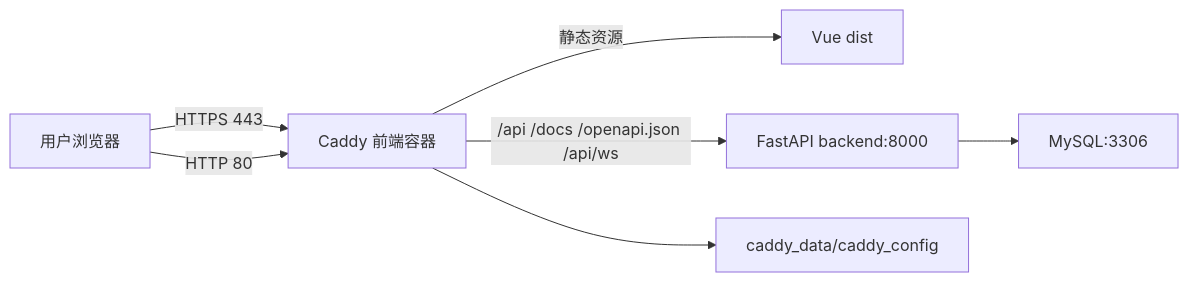
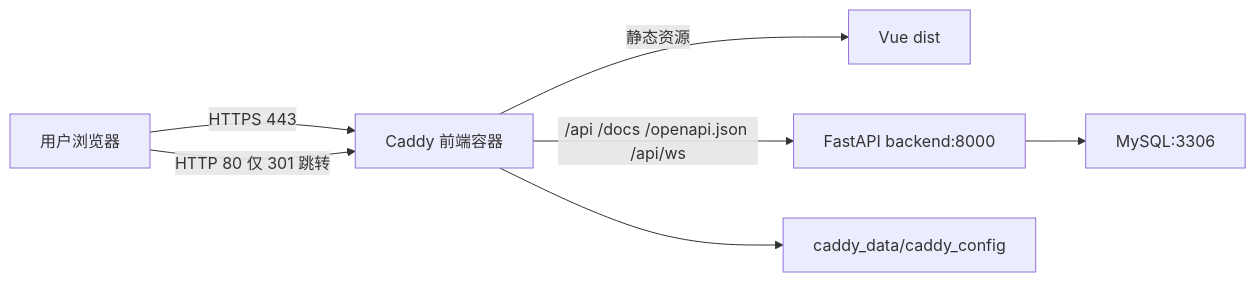
One commit to OUTLElijiadong/llm-agent-code-review changed the diagram in docs/域名HTTPS配置/DESIGN_域名HTTPS配置.md. Above: the diagram before and after it, drawn with Mermaid. The commit also changed other lines of this file and 12 other files, not shown here.

````diff
--- a/docs/域名HTTPS配置/DESIGN_域名HTTPS配置.md
+++ b/docs/域名HTTPS配置/DESIGN_域名HTTPS配置.md
@@ -5,9 +5,9 @@
 ```mermaid
 flowchart LR
     U["用户浏览器"] -->|HTTPS 443| C["Caddy 前端容器"]
-    U -->|HTTP 80| C
+    U -->|HTTP 80 仅 301 跳转| C
     C -->|静态资源| S["Vue dist"]
     C -->|/api /docs /openapi.json /api/ws| B["FastAPI backend:8000"]
     B --> M["MySQL:3306"]
     C --> V["caddy_data/caddy_config"]
 ```
````
